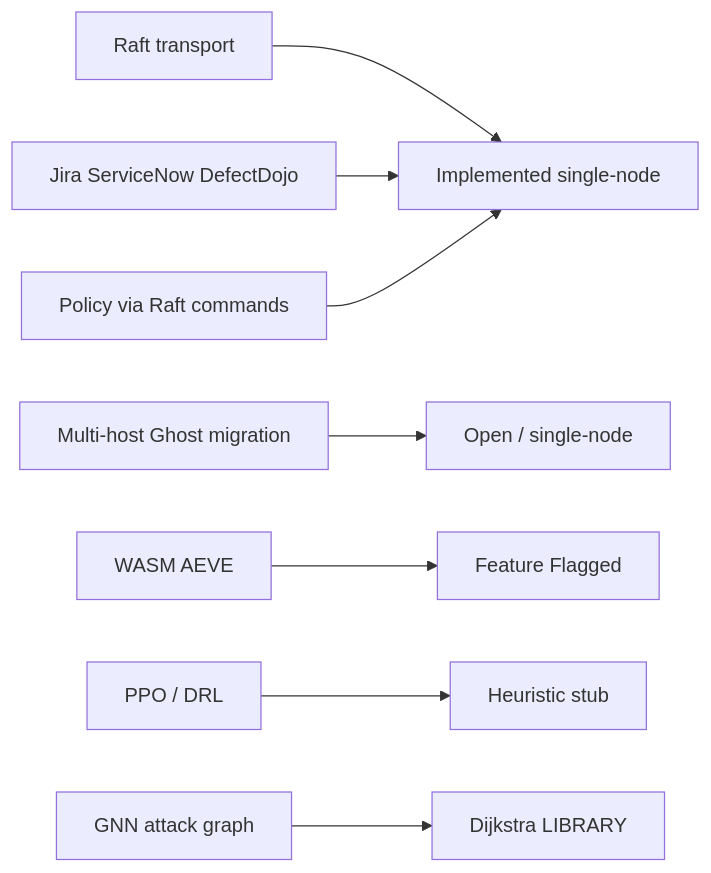
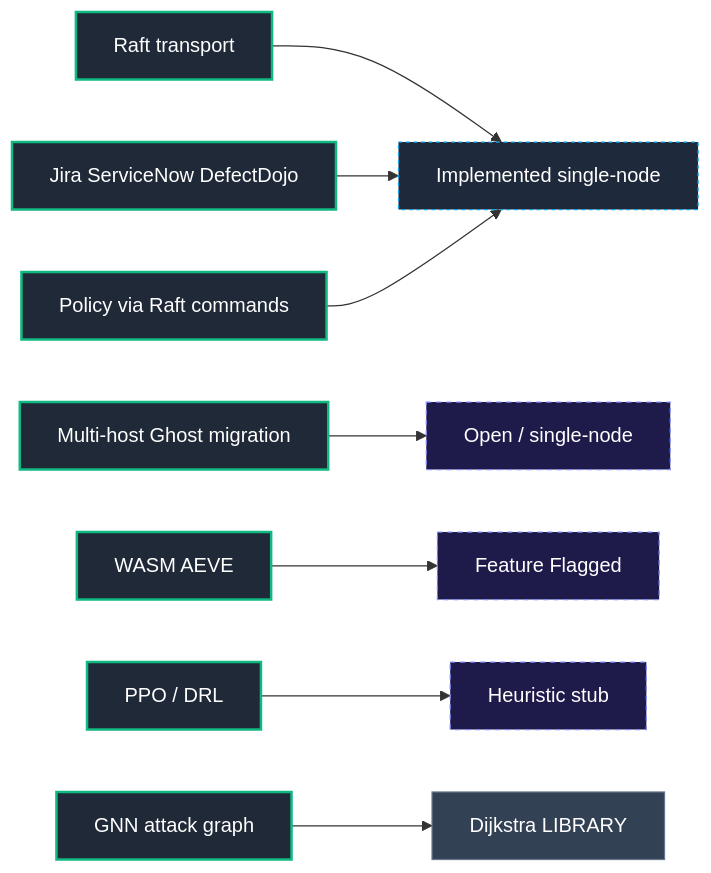
Before and after one commit to AviralGup7/Singularity-Zero: diagram 14 of 16 in docs/flowchart.md, drawn with Mermaid. The commit also changed other lines of this file, not shown here.

Commit message:
fix(flowchart): resolve Revision 3 audit items code-first across atlas and models

````diff
--- a/docs/flowchart.md
+++ b/docs/flowchart.md
@@ -837,10 +858,17 @@
 ```mermaid
 flowchart LR
-    Raft["Raft transport"] --> Impl["Implemented single-node"]
-    Tickets["Jira ServiceNow DefectDojo"] --> Impl
-    Policy["Policy via Raft commands"] --> Impl
-    Ghost["Multi-host Ghost migration"] --> Open["Open / single-node"]
-    WASM["WASM AEVE"] --> Flag["Feature Flagged"]
-    PPO["PPO / DRL"] --> Heur["Heuristic stub"]
-    GNN["GNN attack graph"] --> Dijk["Dijkstra LIBRARY"]
+    classDef impl fill:#1f2937,stroke:#10b981,stroke-width:2px,color:#fff;
+    classDef singleNode fill:#1e293b,stroke:#0ea5e9,stroke-width:1px,stroke-dasharray:3 3,color:#fff;
+    classDef library fill:#334155,stroke:#64748b,stroke-width:1px,color:#fff;
+    classDef specOnly fill:#1e1b4b,stroke:#818cf8,stroke-width:1px,stroke-dasharray:4 4,color:#fff;
+    classDef vacuous fill:#27272a,stroke:#71717a,stroke-width:1px,color:#a1a1aa;
+    classDef forbidden fill:#450a0a,stroke:#ef4444,stroke-width:2px,color:#fca5a5;
+
+    Raft["Raft transport"]:::impl --> Impl["Implemented single-node"]:::singleNode
+    Tickets["Jira ServiceNow DefectDojo"]:::impl --> Impl
+    Policy["Policy via Raft commands"]:::impl --> Impl
+    Ghost["Multi-host Ghost migration"]:::impl --> Open["Open / single-node"]:::specOnly
+    WASM["WASM AEVE"]:::impl --> Flag["Feature Flagged"]:::specOnly
+    PPO["PPO / DRL"]:::impl --> Heur["Heuristic stub"]:::specOnly
+    GNN["GNN attack graph"]:::impl --> Dijk["Dijkstra LIBRARY"]:::library
 ```
````
